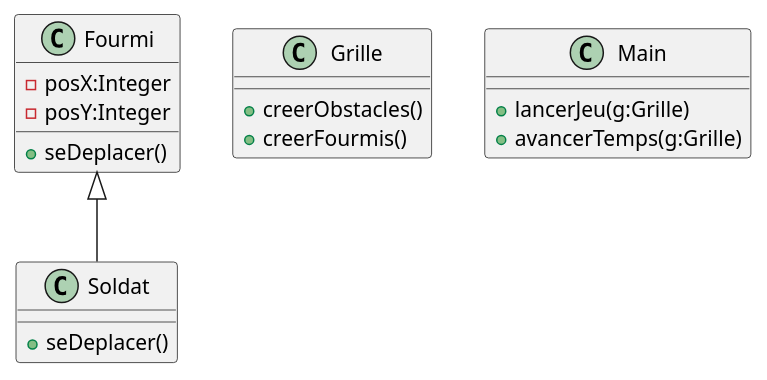
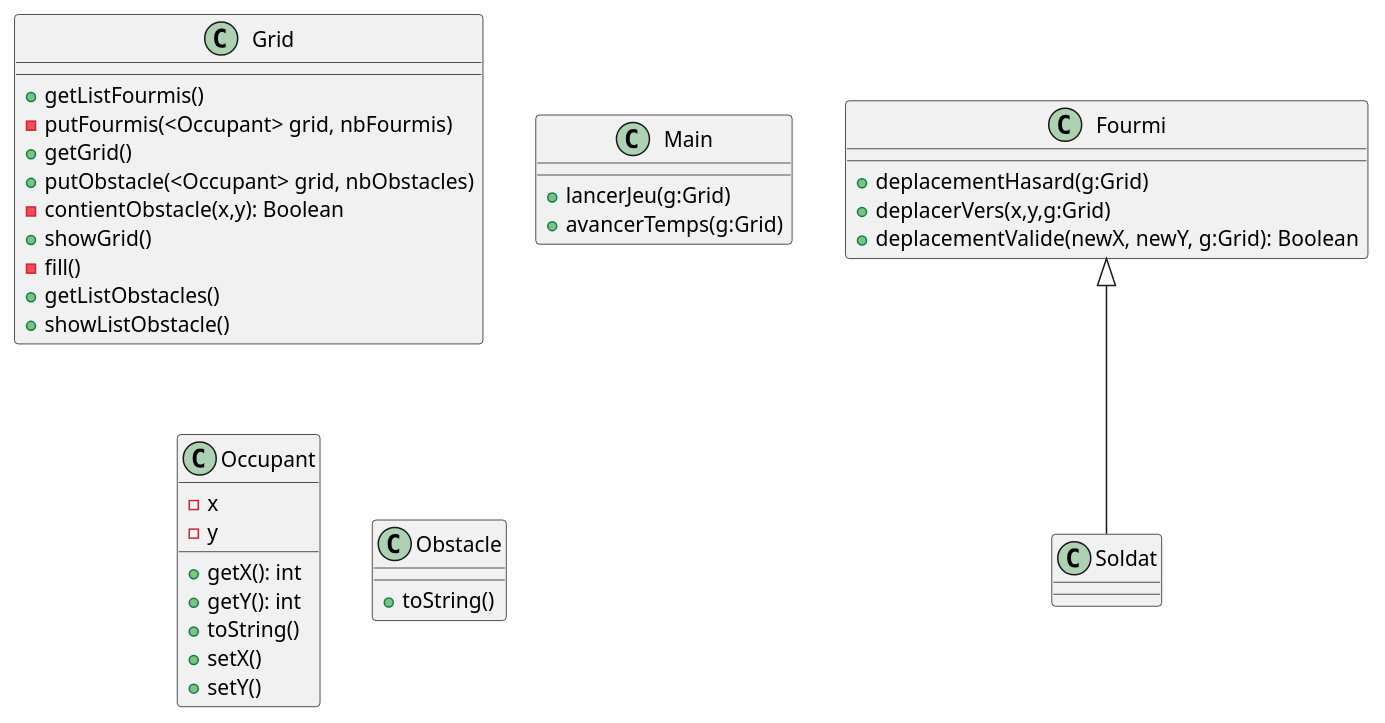
The diagram in src/main/uml/DC_v1.puml (BaptisteWetterwald/dut-fourmis), drawn with PlantUML before and after one commit.

```diff
--- a/src/main/uml/DC_v1.puml
+++ b/src/main/uml/DC_v1.puml
@@ -1,28 +1,49 @@
 @startuml
 'https://plantuml.com/class-diagram
 
 class Fourmi
 {
-    +seDeplacer()
-    -posX:Integer
-    -posY:Integer
+    + deplacementHasard(g:Grid)
+    + deplacerVers(x,y,g:Grid)
+    + deplacementValide(newX, newY, g:Grid): Boolean
 }
 
 class Soldat extends Fourmi
 {
-    +seDeplacer()
 }
 
-class Grille
+class Grid
 {
-    +creerObstacles()
-    +creerFourmis()
+    + getListFourmis()
+    - putFourmis(<Occupant> grid, nbFourmis)
+    + getGrid()
+    + putObstacle(<Occupant> grid, nbObstacles)
+    - contientObstacle(x,y): Boolean
+    + showGrid()
+    - fill()
+    + getListObstacles()
+    + showListObstacle()
 }
 
 class Main
 {
-    +lancerJeu(g:Grille)
-    +avancerTemps(g:Grille)
+    +lancerJeu(g:Grid)
+    +avancerTemps(g:Grid)
 }
 
+class Occupant
+{
+    - x
+    - y
+    + getX(): int
+    + getY(): int
+    + toString()
+    + setX()
+    + setY()
+
+}
+class Obstacle
+{
+    + toString()
+}
 @enduml
```
